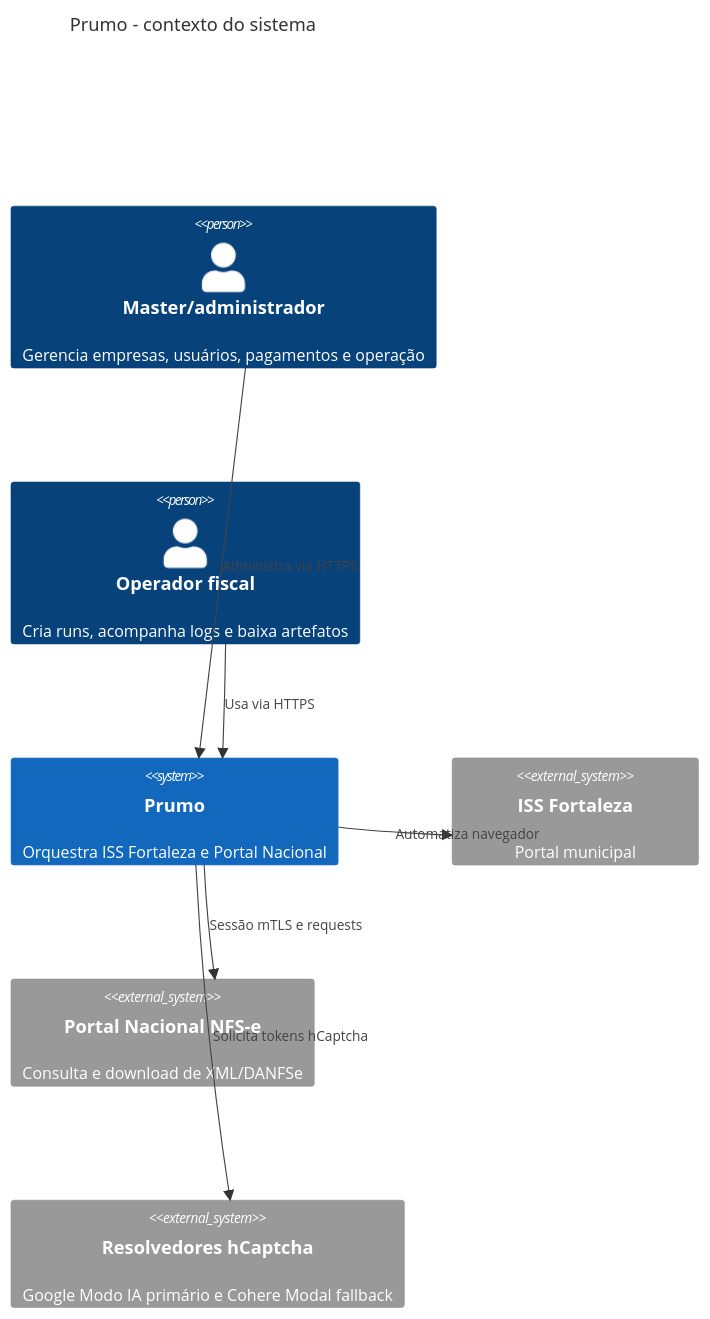
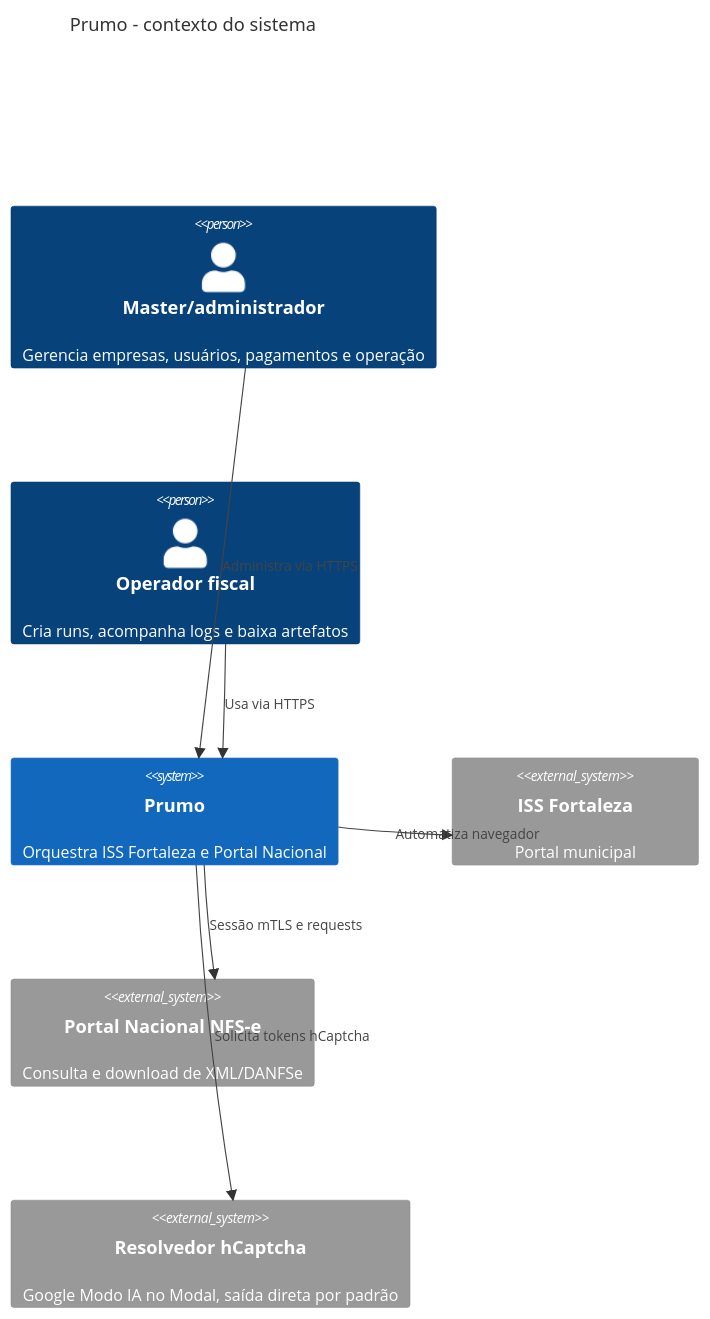
The first of 3 diagrams in docs/C4.md (prumosistemas/app), drawn with Mermaid before and after one commit. The commit also changed other lines of this file and 29 other files, not shown here.

Commit message:
Otimiza ISS e consolida Portal no Google Modo IA

````diff
--- a/docs/C4.md
+++ b/docs/C4.md
@@ -5,15 +5,15 @@
 ```mermaid
 C4Context
   title Prumo - contexto do sistema
   Person(master, "Master/administrador", "Gerencia empresas, usuários, pagamentos e operação")
   Person(operador, "Operador fiscal", "Cria runs, acompanha logs e baixa artefatos")
   System(prumo, "Prumo", "Orquestra ISS Fortaleza e Portal Nacional")
   System_Ext(iss, "ISS Fortaleza", "Portal municipal")
   System_Ext(nfse, "Portal Nacional NFS-e", "Consulta e download de XML/DANFSe")
-  System_Ext(ai, "Resolvedores hCaptcha", "Google Modo IA primário e Cohere Modal fallback")
+  System_Ext(ai, "Resolvedor hCaptcha", "Google Modo IA no Modal, saída direta por padrão")
   Rel(master, prumo, "Administra via HTTPS")
   Rel(operador, prumo, "Usa via HTTPS")
   Rel(prumo, iss, "Automatiza navegador")
   Rel(prumo, nfse, "Sessão mTLS e requests")
   Rel(prumo, ai, "Solicita tokens hCaptcha")
 ```
````
